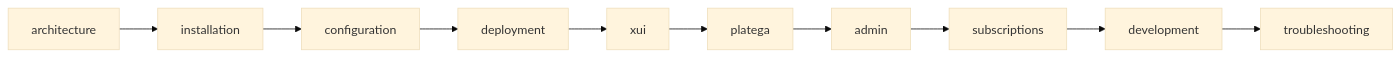
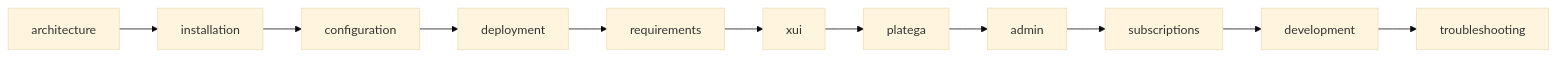
One commit to Sp0nge-bob/xuibot changed the diagram in docs/README.md. Above: the diagram before and after it, drawn with Mermaid (base theme). The commit also changed other lines of this file and 3 other files, not shown here.

````diff
--- a/docs/README.md
+++ b/docs/README.md
@@ -37,12 +38,13 @@
 ```mermaid
 flowchart LR
     arch[architecture] --> install[installation]
     install --> config[configuration]
     config --> deploy[deployment]
-    deploy --> xui[xui]
+    deploy --> reqs[requirements]
+    reqs --> xui[xui]
     xui --> platega[platega]
     platega --> admin[admin]
     admin --> subs[subscriptions]
     subs --> dev[development]
     dev --> trouble[troubleshooting]
 ```
````
